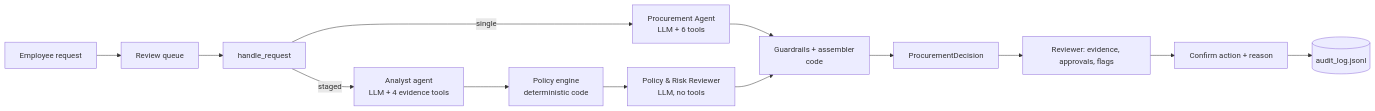
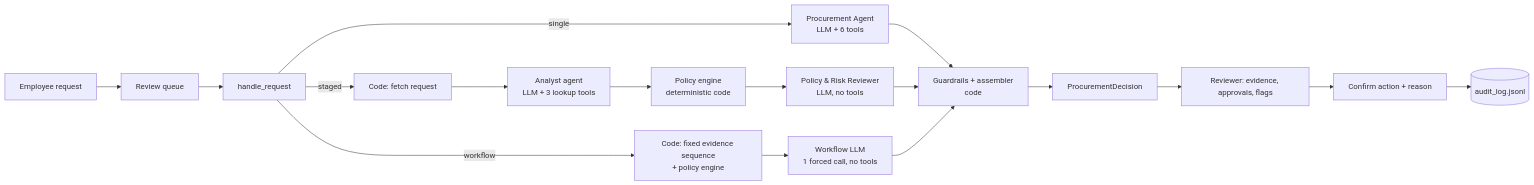
The first of 2 diagrams in README.md (arnav-yadav/fde-a3-procurement-copilot), drawn with Mermaid before and after one commit. The commit also changed other lines of this file, not shown here.

First line of the commit message:
README: four configurations, ladder diagram, C3 guardrails

````diff
--- a/README.md
+++ b/README.md
@@ -76,15 +76,17 @@
 ```mermaid
 flowchart LR
   E[Employee request] --> Q[Review queue]
   Q --> H[handle_request]
   H -->|single| A1[Procurement Agent<br/>LLM + 6 tools]
-  H -->|staged| B1[Analyst agent<br/>LLM + 4 evidence tools]
+  H -->|staged| B0[Code: fetch request] --> B1[Analyst agent<br/>LLM + 3 lookup tools]
   B1 --> PE[Policy engine<br/>deterministic code]
   PE --> B2[Policy & Risk Reviewer<br/>LLM, no tools]
+  H -->|workflow| W0[Code: fixed evidence sequence<br/>+ policy engine] --> W1[Workflow LLM<br/>1 forced call, no tools]
   A1 --> G[Guardrails + assembler<br/>code]
   B2 --> G
+  W1 --> G
   G --> D[ProcurementDecision]
   D --> R[Reviewer: evidence, approvals, flags]
   R --> C[Confirm action + reason]
   C --> L[(audit_log.jsonl)]
 ```
````
